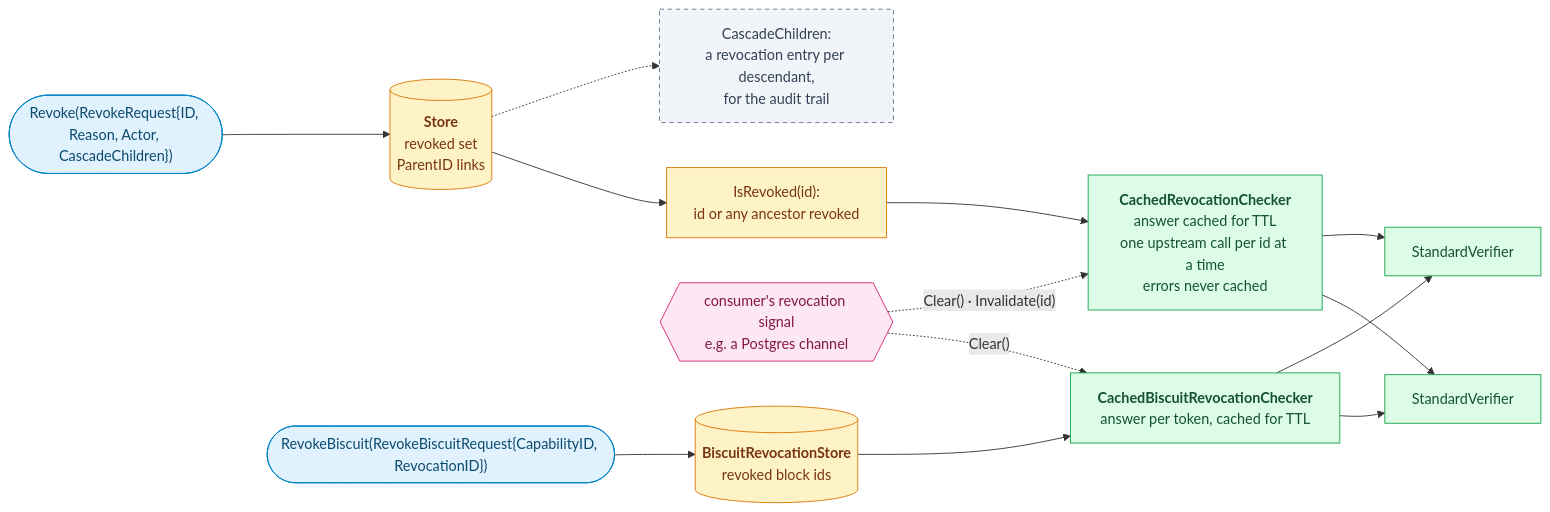
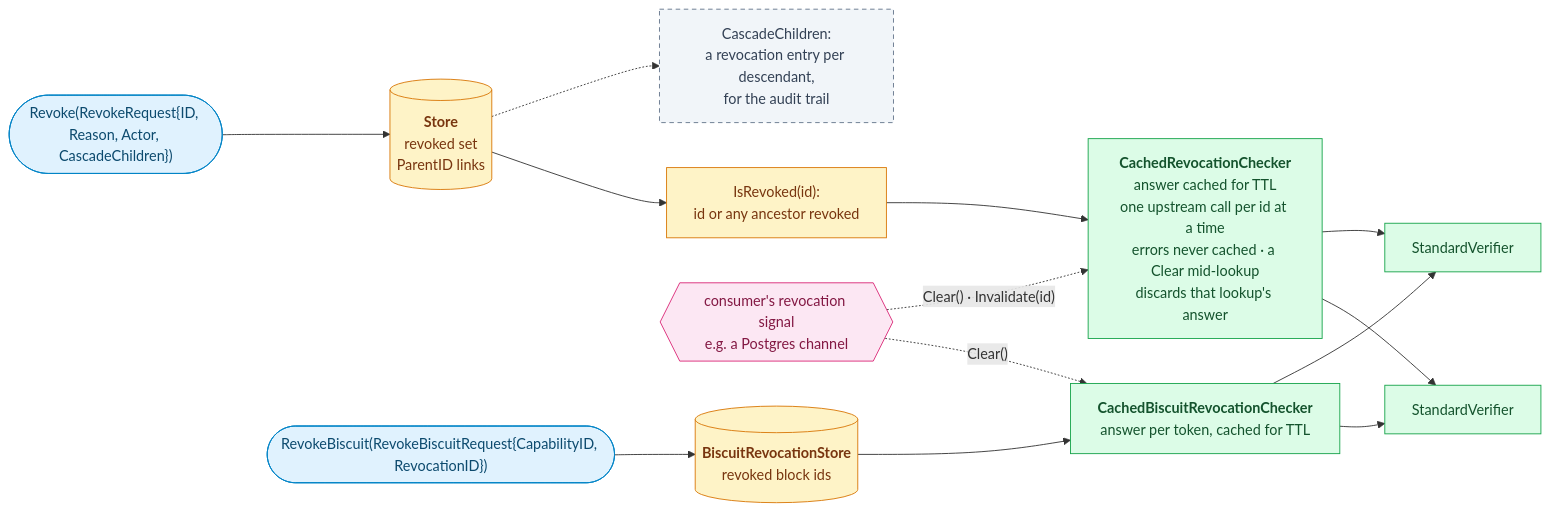
One commit to oleg-tkachuk/paladin changed the tenth of 10 diagrams in capability/docs/diagrams.md. Above: the diagram before and after it, drawn with Mermaid. The commit also changed other lines of this file and 4 other files, not shown here.

Commit message:
docs(capability): bring the docs and diagrams in line with the code

````diff
--- a/capability/docs/diagrams.md
+++ b/capability/docs/diagrams.md
@@ -511,36 +540,36 @@
 ```mermaid
 flowchart LR
     op(["Revoke(RevokeRequest{ID, Reason, Actor, CascadeChildren})"])
     store[("<b>Store</b><br/>revoked set<br/>ParentID links")]
     cascade["CascadeChildren:<br/>a revocation entry per descendant,<br/>for the audit trail"]
     chain["IsRevoked(id):<br/>id or any ancestor revoked"]
-    cache["<b>CachedRevocationChecker</b><br/>answer cached for TTL<br/>one upstream call per id at a time<br/>errors never cached"]
+    cache["<b>CachedRevocationChecker</b><br/>answer cached for TTL<br/>one upstream call per id at a time<br/>errors never cached · a Clear mid-lookup<br/>discards that lookup's answer"]
     notify{{"consumer's revocation signal<br/>e.g. a Postgres channel"}}
     bop(["RevokeBiscuit(RevokeBiscuitRequest{CapabilityID, RevocationID})"])
     blist[("<b>BiscuitRevocationStore</b><br/>revoked block ids")]
     bcache["<b>CachedBiscuitRevocationChecker</b><br/>answer per token, cached for TTL"]
     v1["StandardVerifier"]
     v2["StandardVerifier"]
 
     op --> store
     store -.-> cascade
     store --> chain --> cache
     cache --> v1
     cache --> v2
     notify -. "Clear() · Invalidate(id)" .-> cache
     bop --> blist --> bcache
     bcache --> v1
     bcache --> v2
     notify -. "Clear()" .-> bcache
 
     classDef client fill:#E0F2FE,stroke:#0284C7,color:#0C4A6E
     classDef role fill:#DCFCE7,stroke:#16A34A,color:#14532D
     classDef optional fill:#F1F5F9,stroke:#64748B,color:#334155,stroke-dasharray:5 4
     classDef store fill:#FEF3C7,stroke:#D97706,color:#78350F
     classDef external fill:#FCE7F3,stroke:#DB2777,color:#831843
     class op,bop client
     class v1,v2,cache,bcache role
     class cascade optional
     class store,chain,blist store
     class notify external
 ```
````
